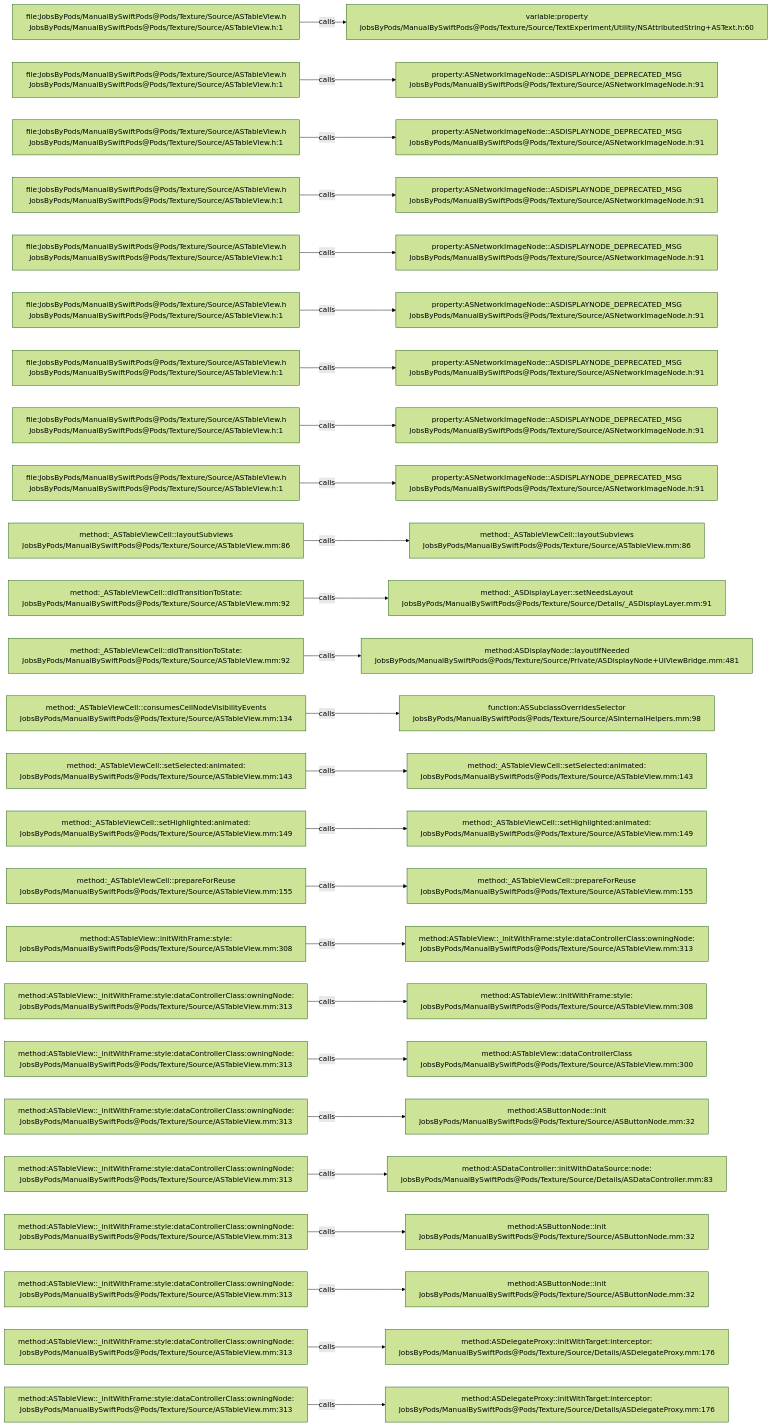
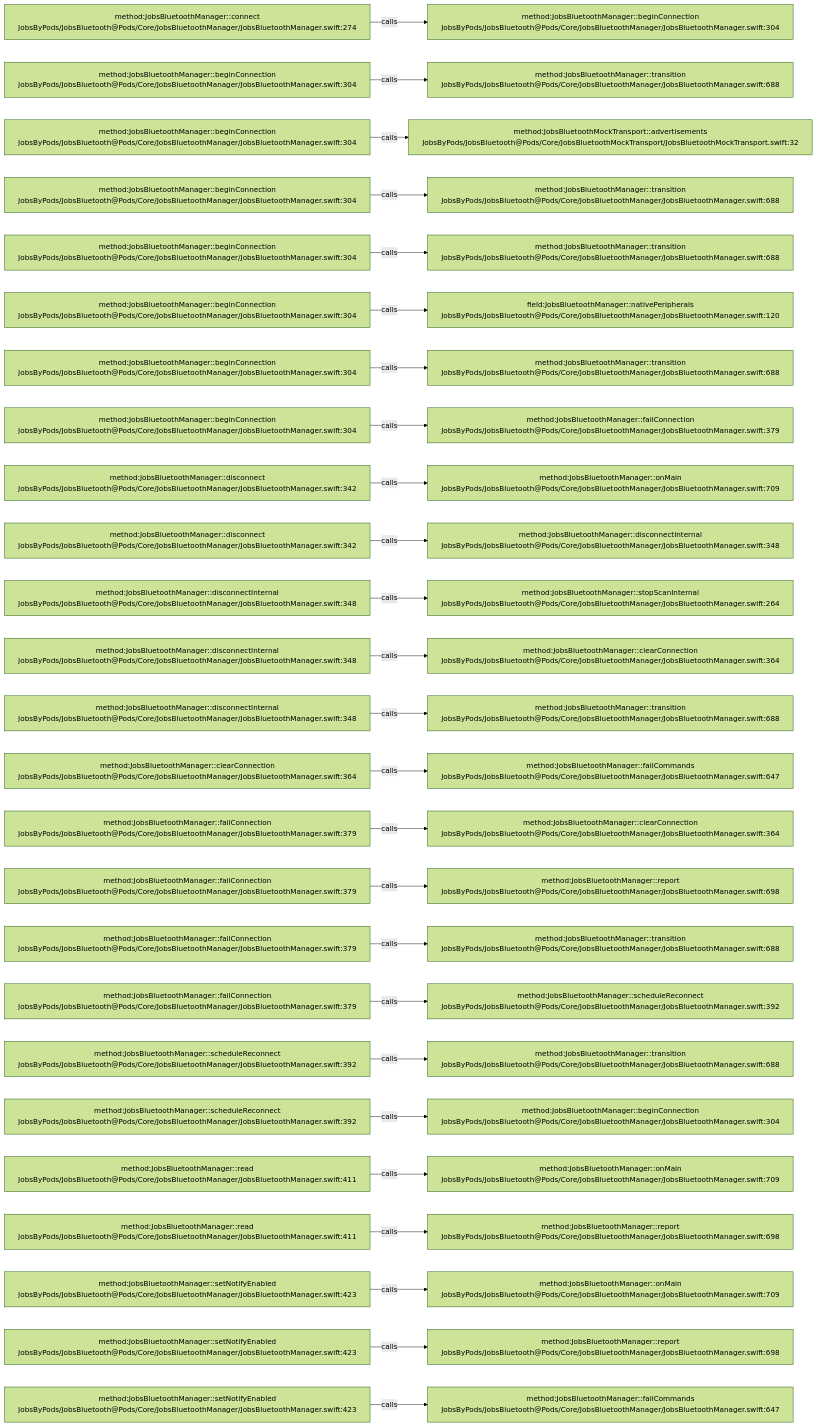
The diagram in .codegraph/codegraph.md/graphs/calls-058.md (JobsKits/JobsSwiftBaseConfigDemo), drawn with Mermaid (forest theme) before and after one commit. The commit also changed 224 other files, not shown here.

````diff
--- a/.codegraph/codegraph.md/graphs/calls-058.md
+++ b/.codegraph/codegraph.md/graphs/calls-058.md
@@ -13,78 +13,78 @@
 ```mermaid
 flowchart LR
-  S1["file:JobsByPods/ManualBySwiftPods@Pods/Texture/Source/ASTableView.h<br/>JobsByPods/ManualBySwiftPods@Pods/Texture/Source/ASTableView.h:1"]
-  T1["variable:property<br/>JobsByPods/ManualBySwiftPods@Pods/Texture/Source/TextExperiment/Utility/NSAttributedString+ASText.h:60"]
+  S1["method:JobsBluetoothManager::connect<br/>JobsByPods/JobsBluetooth@Pods/Core/JobsBluetoothManager/JobsBluetoothManager.swift:274"]
+  T1["method:JobsBluetoothManager::beginConnection<br/>JobsByPods/JobsBluetooth@Pods/Core/JobsBluetoothManager/JobsBluetoothManager.swift:304"]
   S1 -->|calls| T1
-  S2["file:JobsByPods/ManualBySwiftPods@Pods/Texture/Source/ASTableView.h<br/>JobsByPods/ManualBySwiftPods@Pods/Texture/Source/ASTableView.h:1"]
-  T2["property:ASNetworkImageNode::ASDISPLAYNODE_DEPRECATED_MSG<br/>JobsByPods/ManualBySwiftPods@Pods/Texture/Source/ASNetworkImageNode.h:91"]
+  S2["method:JobsBluetoothManager::beginConnection<br/>JobsByPods/JobsBluetooth@Pods/Core/JobsBluetoothManager/JobsBluetoothManager.swift:304"]
+  T2["method:JobsBluetoothManager::transition<br/>JobsByPods/JobsBluetooth@Pods/Core/JobsBluetoothManager/JobsBluetoothManager.swift:688"]
   S2 -->|calls| T2
-  S3["file:JobsByPods/ManualBySwiftPods@Pods/Texture/Source/ASTableView.h<br/>JobsByPods/ManualBySwiftPods@Pods/Texture/Source/ASTableView.h:1"]
-  T3["property:ASNetworkImageNode::ASDISPLAYNODE_DEPRECATED_MSG<br/>JobsByPods/ManualBySwiftPods@Pods/Texture/Source/ASNetworkImageNode.h:91"]
+  S3["method:JobsBluetoothManager::beginConnection<br/>JobsByPods/JobsBluetooth@Pods/Core/JobsBluetoothManager/JobsBluetoothManager.swift:304"]
+  T3["method:JobsBluetoothMockTransport::advertisements<br/>JobsByPods/JobsBluetooth@Pods/Core/JobsBluetoothMockTransport/JobsBluetoothMockTransport.swift:32"]
   S3 -->|calls| T3
-  S4["file:JobsByPods/ManualBySwiftPods@Pods/Texture/Source/ASTableView.h<br/>JobsByPods/ManualBySwiftPods@Pods/Texture/Source/ASTableView.h:1"]
-  T4["property:ASNetworkImageNode::ASDISPLAYNODE_DEPRECATED_MSG<br/>JobsByPods/ManualBySwiftPods@Pods/Texture/Source/ASNetworkImageNode.h:91"]
+  S4["method:JobsBluetoothManager::beginConnection<br/>JobsByPods/JobsBluetooth@Pods/Core/JobsBluetoothManager/JobsBluetoothManager.swift:304"]
+  T4["method:JobsBluetoothManager::transition<br/>JobsByPods/JobsBluetooth@Pods/Core/JobsBluetoothManager/JobsBluetoothManager.swift:688"]
   S4 -->|calls| T4
-  S5["file:JobsByPods/ManualBySwiftPods@Pods/Texture/Source/ASTableView.h<br/>JobsByPods/ManualBySwiftPods@Pods/Texture/Source/ASTableView.h:1"]
-  T5["property:ASNetworkImageNode::ASDISPLAYNODE_DEPRECATED_MSG<br/>JobsByPods/ManualBySwiftPods@Pods/Texture/Source/ASNetworkImageNode.h:91"]
+  S5["method:JobsBluetoothManager::beginConnection<br/>JobsByPods/JobsBluetooth@Pods/Core/JobsBluetoothManager/JobsBluetoothManager.swift:304"]
+  T5["method:JobsBluetoothManager::transition<br/>JobsByPods/JobsBluetooth@Pods/Core/JobsBluetoothManager/JobsBluetoothManager.swift:688"]
   S5 -->|calls| T5
-  S6["file:JobsByPods/ManualBySwiftPods@Pods/Texture/Source/ASTableView.h<br/>JobsByPods/ManualBySwiftPods@Pods/Texture/Source/ASTableView.h:1"]
-  T6["property:ASNetworkImageNode::ASDISPLAYNODE_DEPRECATED_MSG<br/>JobsByPods/ManualBySwiftPods@Pods/Texture/Source/ASNetworkImageNode.h:91"]
+  S6["method:JobsBluetoothManager::beginConnection<br/>JobsByPods/JobsBluetooth@Pods/Core/JobsBluetoothManager/JobsBluetoothManager.swift:304"]
+  T6["field:JobsBluetoothManager::nativePeripherals<br/>JobsByPods/JobsBluetooth@Pods/Core/JobsBluetoothManager/JobsBluetoothManager.swift:120"]
   S6 -->|calls| T6
-  S7["file:JobsByPods/ManualBySwiftPods@Pods/Texture/Source/ASTableView.h<br/>JobsByPods/ManualBySwiftPods@Pods/Texture/Source/ASTableView.h:1"]
-  T7["property:ASNetworkImageNode::ASDISPLAYNODE_DEPRECATED_MSG<br/>JobsByPods/ManualBySwiftPods@Pods/Texture/Source/ASNetworkImageNode.h:91"]
+  S7["method:JobsBluetoothManager::beginConnection<br/>JobsByPods/JobsBluetooth@Pods/Core/JobsBluetoothManager/JobsBluetoothManager.swift:304"]
+  T7["method:JobsBluetoothManager::transition<br/>JobsByPods/JobsBluetooth@Pods/Core/JobsBluetoothManager/JobsBluetoothManager.swift:688"]
   S7 -->|calls| T7
-  S8["file:JobsByPods/ManualBySwiftPods@Pods/Texture/Source/ASTableView.h<br/>JobsByPods/ManualBySwiftPods@Pods/Texture/Source/ASTableView.h:1"]
-  T8["property:ASNetworkImageNode::ASDISPLAYNODE_DEPRECATED_MSG<br/>JobsByPods/ManualBySwiftPods@Pods/Texture/Source/ASNetworkImageNode.h:91"]
+  S8["method:JobsBluetoothManager::beginConnection<br/>JobsByPods/JobsBluetooth@Pods/Core/JobsBluetoothManager/JobsBluetoothManager.swift:304"]
+  T8["method:JobsBluetoothManager::failConnection<br/>JobsByPods/JobsBluetooth@Pods/Core/JobsBluetoothManager/JobsBluetoothManager.swift:379"]
   S8 -->|calls| T8
-  S9["file:JobsByPods/ManualBySwiftPods@Pods/Texture/Source/ASTableView.h<br/>JobsByPods/ManualBySwiftPods@Pods/Texture/Source/ASTableView.h:1"]
-  T9["property:ASNetworkImageNode::ASDISPLAYNODE_DEPRECATED_MSG<br/>JobsByPods/ManualBySwiftPods@Pods/Texture/Source/ASNetworkImageNode.h:91"]
+  S9["method:JobsBluetoothManager::disconnect<br/>JobsByPods/JobsBluetooth@Pods/Core/JobsBluetoothManager/JobsBluetoothManager.swift:342"]
+  T9["method:JobsBluetoothManager::onMain<br/>JobsByPods/JobsBluetooth@Pods/Core/JobsBluetoothManager/JobsBluetoothManager.swift:709"]
   S9 -->|calls| T9
-  S10["method:_ASTableViewCell::layoutSubviews<br/>JobsByPods/ManualBySwiftPods@Pods/Texture/Source/ASTableView.mm:86"]
-  T10["method:_ASTableViewCell::layoutSubviews<br/>JobsByPods/ManualBySwiftPods@Pods/Texture/Source/ASTableView.mm:86"]
+  S10["method:JobsBluetoothManager::disconnect<br/>JobsByPods/JobsBluetooth@Pods/Core/JobsBluetoothManager/JobsBluetoothManager.swift:342"]
+  T10["method:JobsBluetoothManager::disconnectInternal<br/>JobsByPods/JobsBluetooth@Pods/Core/JobsBluetoothManager/JobsBluetoothManager.swift:348"]
   S10 -->|calls| T10
-  S11["method:_ASTableViewCell::didTransitionToState:<br/>JobsByPods/ManualBySwiftPods@Pods/Texture/Source/ASTableView.mm:92"]
-  T11["method:_ASDisplayLayer::setNeedsLayout<br/>JobsByPods/ManualBySwiftPods@Pods/Texture/Source/Details/_ASDisplayLayer.mm:91"]
+  S11["method:JobsBluetoothManager::disconnectInternal<br/>JobsByPods/JobsBluetooth@Pods/Core/JobsBluetoothManager/JobsBluetoothManager.swift:348"]
+  T11["method:JobsBluetoothManager::stopScanInternal<br/>JobsByPods/JobsBluetooth@Pods/Core/JobsBluetoothManager/JobsBluetoothManager.swift:264"]
   S11 -->|calls| T11
-  S12["method:_ASTableViewCell::didTransitionToState:<br/>JobsByPods/ManualBySwiftPods@Pods/Texture/Source/ASTableView.mm:92"]
-  T12["method:ASDisplayNode::layoutIfNeeded<br/>JobsByPods/ManualBySwiftPods@Pods/Texture/Source/Private/ASDisplayNode+UIViewBridge.mm:481"]
+  S12["method:JobsBluetoothManager::disconnectInternal<br/>JobsByPods/JobsBluetooth@Pods/Core/JobsBluetoothManager/JobsBluetoothManager.swift:348"]
+  T12["method:JobsBluetoothManager::clearConnection<br/>JobsByPods/JobsBluetooth@Pods/Core/JobsBluetoothManager/JobsBluetoothManager.swift:364"]
   S12 -->|calls| T12
-  S13["method:_ASTableViewCell::consumesCellNodeVisibilityEvents<br/>JobsByPods/ManualBySwiftPods@Pods/Texture/Source/ASTableView.mm:134"]
-  T13["function:ASSubclassOverridesSelector<br/>JobsByPods/ManualBySwiftPods@Pods/Texture/Source/ASInternalHelpers.mm:98"]
+  S13["method:JobsBluetoothManager::disconnectInternal<br/>JobsByPods/JobsBluetooth@Pods/Core/JobsBluetoothManager/JobsBluetoothManager.swift:348"]
+  T13["method:JobsBluetoothManager::transition<br/>JobsByPods/JobsBluetooth@Pods/Core/JobsBluetoothManager/JobsBluetoothManager.swift:688"]
   S13 -->|calls| T13
-  S14["method:_ASTableViewCell::setSelected:animated:<br/>JobsByPods/ManualBySwiftPods@Pods/Texture/Source/ASTableView.mm:143"]
-  T14["method:_ASTableViewCell::setSelected:animated:<br/>JobsByPods/ManualBySwiftPods@Pods/Texture/Source/ASTableView.mm:143"]
+  S14["method:JobsBluetoothManager::clearConnection<br/>JobsByPods/JobsBluetooth@Pods/Core/JobsBluetoothManager/JobsBluetoothManager.swift:364"]
+  T14["method:JobsBluetoothManager::failCommands<br/>JobsByPods/JobsBluetooth@Pods/Core/JobsBluetoothManager/JobsBluetoothManager.swift:647"]
   S14 -->|calls| T14
-  S15["method:_ASTableViewCell::setHighlighted:animated:<br/>JobsByPods/ManualBySwiftPods@Pods/Texture/Source/ASTableView.mm:149"]
-  T15["method:_ASTableViewCell::setHighlighted:animated:<br/>JobsByPods/ManualBySwiftPods@Pods/Texture/Source/ASTableView.mm:149"]
+  S15["method:JobsBluetoothManager::failConnection<br/>JobsByPods/JobsBluetooth@Pods/Core/JobsBluetoothManager/JobsBluetoothManager.swift:379"]
+  T15["method:JobsBluetoothManager::clearConnection<br/>JobsByPods/JobsBluetooth@Pods/Core/JobsBluetoothManager/JobsBluetoothManager.swift:364"]
   S15 -->|calls| T15
-  S16["method:_ASTableViewCell::prepareForReuse<br/>JobsByPods/ManualBySwiftPods@Pods/Texture/Source/ASTableView.mm:155"]
-  T16["method:_ASTableViewCell::prepareForReuse<br/>JobsByPods/ManualBySwiftPods@Pods/Texture/Source/ASTableView.mm:155"]
+  S16["method:JobsBluetoothManager::failConnection<br/>JobsByPods/JobsBluetooth@Pods/Core/JobsBluetoothManager/JobsBluetoothManager.swift:379"]
+  T16["method:JobsBluetoothManager::report<br/>JobsByPods/JobsBluetooth@Pods/Core/JobsBluetoothManager/JobsBluetoothManager.swift:698"]
   S16 -->|calls| T16
-  S17["method:ASTableView::initWithFrame:style:<br/>JobsByPods/ManualBySwiftPods@Pods/Texture/Source/ASTableView.mm:308"]
-  T17["method:ASTableView::_initWithFrame:style:dataControllerClass:owningNode:<br/>JobsByPods/ManualBySwiftPods@Pods/Texture/Source/ASTableView.mm:313"]
+  S17["method:JobsBluetoothManager::failConnection<br/>JobsByPods/JobsBluetooth@Pods/Core/JobsBluetoothManager/JobsBluetoothManager.swift:379"]
+  T17["method:JobsBluetoothManager::transition<br/>JobsByPods/JobsBluetooth@Pods/Core/JobsBluetoothManager/JobsBluetoothManager.swift:688"]
   S17 -->|calls| T17
-  S18["method:ASTableView::_initWithFrame:style:dataControllerClass:owningNode:<br/>JobsByPods/ManualBySwiftPods@Pods/Texture/Source/ASTableView.mm:313"]
-  T18["method:ASTableView::initWithFrame:style:<br/>JobsByPods/ManualBySwiftPods@Pods/Texture/Source/ASTableView.mm:308"]
+  S18["method:JobsBluetoothManager::failConnection<br/>JobsByPods/JobsBluetooth@Pods/Core/JobsBluetoothManager/JobsBluetoothManager.swift:379"]
+  T18["method:JobsBluetoothManager::scheduleReconnect<br/>JobsByPods/JobsBluetooth@Pods/Core/JobsBluetoothManager/JobsBluetoothManager.swift:392"]
   S18 -->|calls| T18
-  S19["method:ASTableView::_initWithFrame:style:dataControllerClass:owningNode:<br/>JobsByPods/ManualBySwiftPods@Pods/Texture/Source/ASTableView.mm:313"]
-  T19["method:ASTableView::dataControllerClass<br/>JobsByPods/ManualBySwiftPods@Pods/Texture/Source/ASTableView.mm:300"]
+  S19["method:JobsBluetoothManager::scheduleReconnect<br/>JobsByPods/JobsBluetooth@Pods/Core/JobsBluetoothManager/JobsBluetoothManager.swift:392"]
+  T19["method:JobsBluetoothManager::transition<br/>JobsByPods/JobsBluetooth@Pods/Core/JobsBluetoothManager/JobsBluetoothManager.swift:688"]
   S19 -->|calls| T19
-  S20["method:ASTableView::_initWithFrame:style:dataControllerClass:owningNode:<br/>JobsByPods/ManualBySwiftPods@Pods/Texture/Source/ASTableView.mm:313"]
-  T20["method:ASButtonNode::init<br/>JobsByPods/ManualBySwiftPods@Pods/Texture/Source/ASButtonNode.mm:32"]
+  S20["method:JobsBluetoothManager::scheduleReconnect<br/>JobsByPods/JobsBluetooth@Pods/Core/JobsBluetoothManager/JobsBluetoothManager.swift:392"]
+  T20["method:JobsBluetoothManager::beginConnection<br/>JobsByPods/JobsBluetooth@Pods/Core/JobsBluetoothManager/JobsBluetoothManager.swift:304"]
   S20 -->|calls| T20
-  S21["method:ASTableView::_initWithFrame:style:dataControllerClass:owningNode:<br/>JobsByPods/ManualBySwiftPods@Pods/Texture/Source/ASTableView.mm:313"]
-  T21["method:ASDataController::initWithDataSource:node:<br/>JobsByPods/ManualBySwiftPods@Pods/Texture/Source/Details/ASDataController.mm:83"]
+  S21["method:JobsBluetoothManager::read<br/>JobsByPods/JobsBluetooth@Pods/Core/JobsBluetoothManager/JobsBluetoothManager.swift:411"]
+  T21["method:JobsBluetoothManager::onMain<br/>JobsByPods/JobsBluetooth@Pods/Core/JobsBluetoothManager/JobsBluetoothManager.swift:709"]
   S21 -->|calls| T21
-  S22["method:ASTableView::_initWithFrame:style:dataControllerClass:owningNode:<br/>JobsByPods/ManualBySwiftPods@Pods/Texture/Source/ASTableView.mm:313"]
-  T22["method:ASButtonNode::init<br/>JobsByPods/ManualBySwiftPods@Pods/Texture/Source/ASButtonNode.mm:32"]
+  S22["method:JobsBluetoothManager::read<br/>JobsByPods/JobsBluetooth@Pods/Core/JobsBluetoothManager/JobsBluetoothManager.swift:411"]
+  T22["method:JobsBluetoothManager::report<br/>JobsByPods/JobsBluetooth@Pods/Core/JobsBluetoothManager/JobsBluetoothManager.swift:698"]
   S22 -->|calls| T22
-  S23["method:ASTableView::_initWithFrame:style:dataControllerClass:owningNode:<br/>JobsByPods/ManualBySwiftPods@Pods/Texture/Source/ASTableView.mm:313"]
-  T23["method:ASButtonNode::init<br/>JobsByPods/ManualBySwiftPods@Pods/Texture/Source/ASButtonNode.mm:32"]
+  S23["method:JobsBluetoothManager::setNotifyEnabled<br/>JobsByPods/JobsBluetooth@Pods/Core/JobsBluetoothManager/JobsBluetoothManager.swift:423"]
+  T23["method:JobsBluetoothManager::onMain<br/>JobsByPods/JobsBluetooth@Pods/Core/JobsBluetoothManager/JobsBluetoothManager.swift:709"]
   S23 -->|calls| T23
-  S24["method:ASTableView::_initWithFrame:style:dataControllerClass:owningNode:<br/>JobsByPods/ManualBySwiftPods@Pods/Texture/Source/ASTableView.mm:313"]
-  T24["method:ASDelegateProxy::initWithTarget:interceptor:<br/>JobsByPods/ManualBySwiftPods@Pods/Texture/Source/Details/ASDelegateProxy.mm:176"]
+  S24["method:JobsBluetoothManager::setNotifyEnabled<br/>JobsByPods/JobsBluetooth@Pods/Core/JobsBluetoothManager/JobsBluetoothManager.swift:423"]
+  T24["method:JobsBluetoothManager::report<br/>JobsByPods/JobsBluetooth@Pods/Core/JobsBluetoothManager/JobsBluetoothManager.swift:698"]
   S24 -->|calls| T24
-  S25["method:ASTableView::_initWithFrame:style:dataControllerClass:owningNode:<br/>JobsByPods/ManualBySwiftPods@Pods/Texture/Source/ASTableView.mm:313"]
-  T25["method:ASDelegateProxy::initWithTarget:interceptor:<br/>JobsByPods/ManualBySwiftPods@Pods/Texture/Source/Details/ASDelegateProxy.mm:176"]
+  S25["method:JobsBluetoothManager::setNotifyEnabled<br/>JobsByPods/JobsBluetooth@Pods/Core/JobsBluetoothManager/JobsBluetoothManager.swift:423"]
+  T25["method:JobsBluetoothManager::failCommands<br/>JobsByPods/JobsBluetooth@Pods/Core/JobsBluetoothManager/JobsBluetoothManager.swift:647"]
   S25 -->|calls| T25
 ```
````
